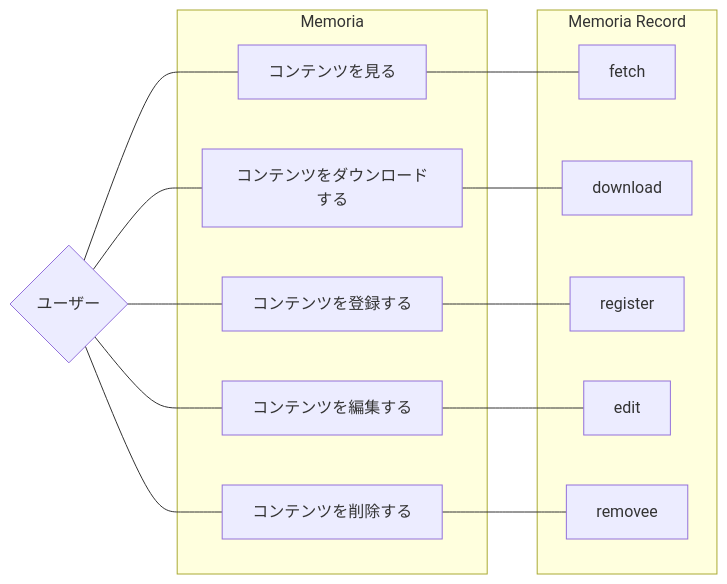
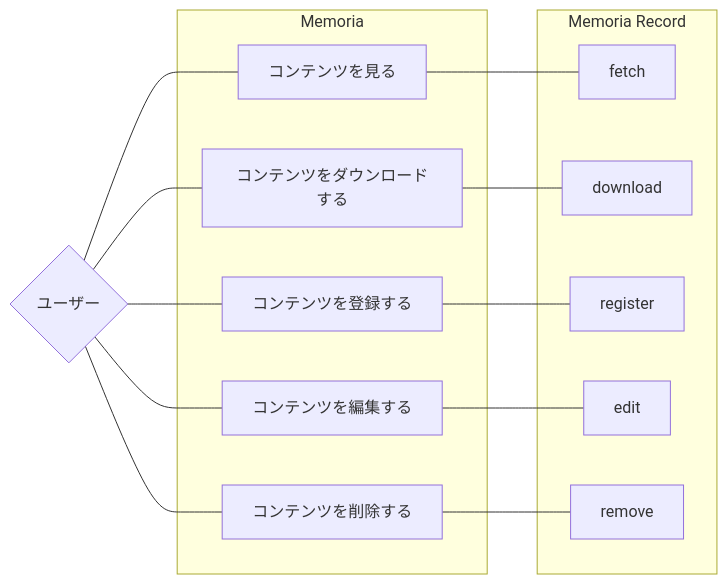
One commit to hazuki3417/memoria-design changed the second of 3 diagrams in pages/micro-services/memoria-record.mdx. Above: the diagram before and after it, drawn with Mermaid. The commit also changed other lines of this file and 3 other files, not shown here.

````diff
--- a/pages/micro-services/memoria-record.mdx
+++ b/pages/micro-services/memoria-record.mdx
@@ -54,39 +54,39 @@
 ```mermaid
 flowchart LR
 
 user{ユーザー}
 
 memoria-fetch[コンテンツを見る]
 memoria-download[コンテンツをダウンロードする]
 memoria-register[コンテンツを登録する]
 memoria-edit[コンテンツを編集する]
-memoria-removee[コンテンツを削除する]
+memoria-remove[コンテンツを削除する]
 
 memoria-record-fetch[fetch]
 memoria-record-download[download]
 memoria-record-register[register]
 memoria-record-edit[edit]
-memoria-record-removee[removee]
+memoria-record-remove[remove]
 
 user --- memoria-fetch --- memoria-record-fetch
 user --- memoria-download --- memoria-record-download
 user --- memoria-register --- memoria-record-register
 user --- memoria-edit --- memoria-record-edit
-user --- memoria-removee --- memoria-record-removee
+user --- memoria-remove --- memoria-record-remove
 
 subgraph Memoria
   memoria-fetch
   memoria-download
   memoria-register
   memoria-edit
-  memoria-removee
+  memoria-remove
 end
 
 subgraph Memoria Record
   memoria-record-fetch
   memoria-record-download
   memoria-record-register
   memoria-record-edit
-  memoria-record-removee
+  memoria-record-remove
 end
 ```
````
